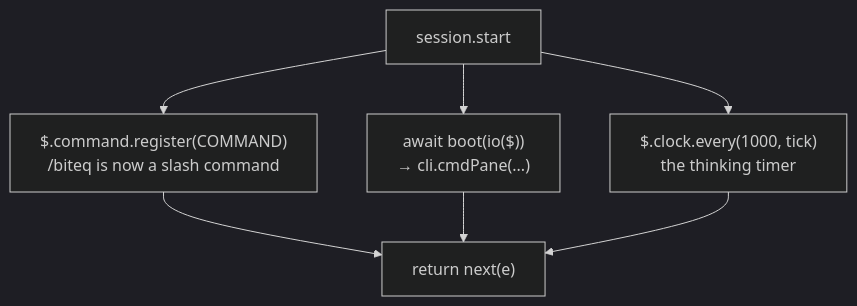
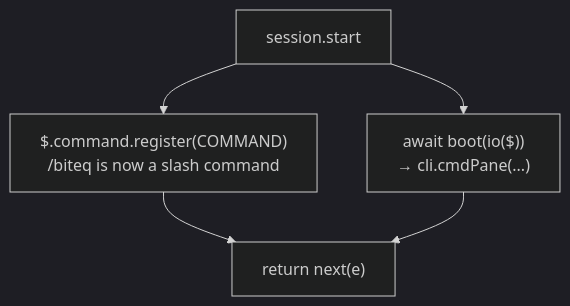
The third of 12 diagrams in docs/lesson-plan.md (mingzew/biteq), drawn with Mermaid (dark theme) before and after one commit. The commit also changed other lines of this file and 17 other files, not shown here.

````diff
--- a/docs/lesson-plan.md
+++ b/docs/lesson-plan.md
@@ -186,9 +187,7 @@
 ```mermaid
 flowchart TB
   S["session.start"] --> A["$.command.register(COMMAND)<br/>/biteq is now a slash command"]
   S --> B["await boot(io($))<br/>→ cli.cmdPane(...)"]
-  S --> C["$.clock.every(1000, tick)<br/>the thinking timer"]
   A --> N["return next(e)"]
   B --> N
-  C --> N
 ```
````
